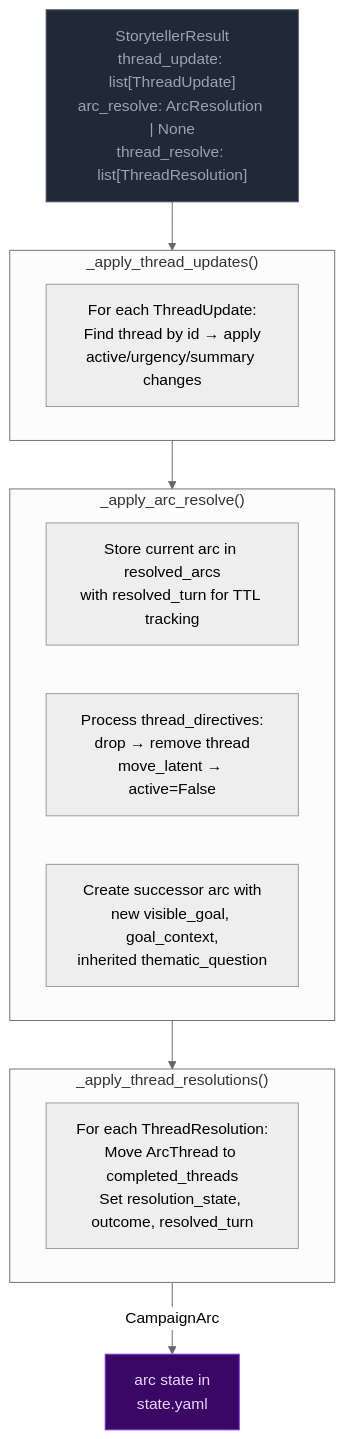
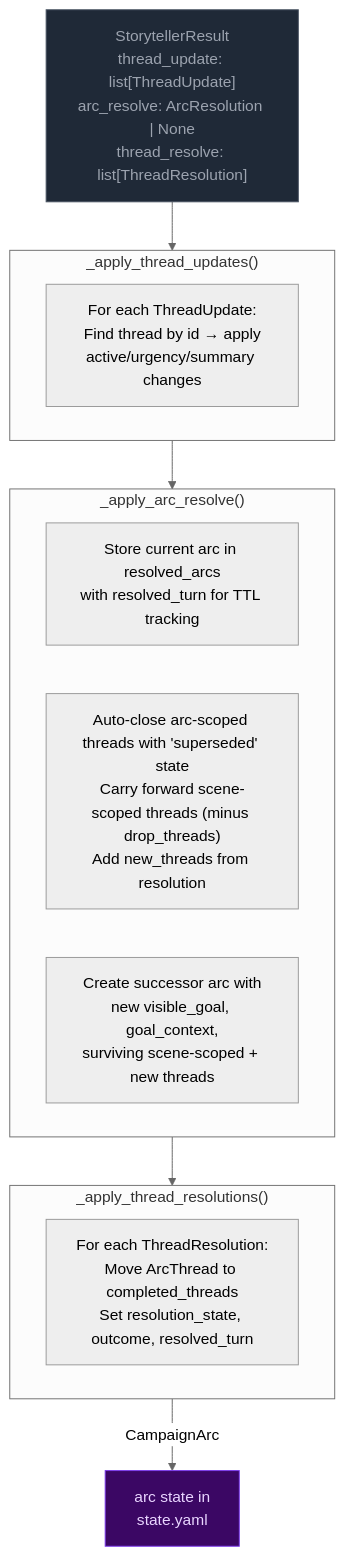
The third of 4 diagrams in docs/architecture/step2c-progress.md (pww217/fablethread), drawn with Mermaid (neutral theme) before and after one commit. The commit also changed other lines of this file and 13 other files, not shown here.

First line of the commit message:
Remove thematic_question and clean up stale thread fields (tags, key)

````diff
--- a/docs/architecture/step2c-progress.md
+++ b/docs/architecture/step2c-progress.md
@@ -164,25 +163,25 @@
 ```mermaid
 flowchart TD
     classDef pyNode fill:#1f2937,color:#9ca3af,stroke:#4b5563
     classDef arcNode fill:#3b0764,color:#e9d5ff,stroke:#7c3aed
 
     PR["StorytellerResult<br>thread_update: list[ThreadUpdate]<br>arc_resolve: ArcResolution | None<br>thread_resolve: list[ThreadResolution]"]:::pyNode
 
     subgraph UPDATES["_apply_thread_updates()"]
         U1["For each ThreadUpdate:<br>Find thread by id → apply<br>active/urgency/summary changes"]
     end
 
     subgraph RESOLVE["_apply_arc_resolve()"]
         R1["Store current arc in resolved_arcs<br>with resolved_turn for TTL tracking"]
-        R2["Process thread_directives:<br>drop → remove thread<br>move_latent → active=False"]
-        R3["Create successor arc with<br>new visible_goal, goal_context,<br>inherited thematic_question"]
+        R2["Auto-close arc-scoped threads with 'superseded' state<br>Carry forward scene-scoped threads (minus drop_threads)<br>Add new_threads from resolution"]
+        R3["Create successor arc with<br>new visible_goal, goal_context,<br>surviving scene-scoped + new threads"]
     end
 
     subgraph RESOLUTIONS["_apply_thread_resolutions()"]
         S1["For each ThreadResolution:<br>Move ArcThread to completed_threads<br>Set resolution_state, outcome, resolved_turn"]
     end
 
     PR --> UPDATES --> RESOLVE --> RESOLUTIONS
 
     RESOLUTIONS -- "CampaignArc" --> ARC[arc state in<br>state.yaml]:::arcNode
 ```
````
